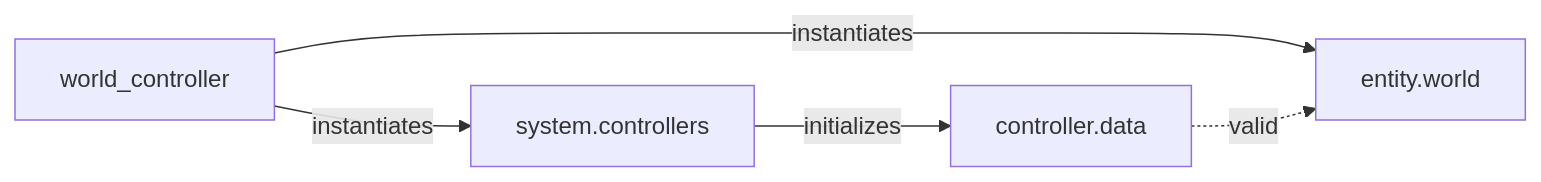
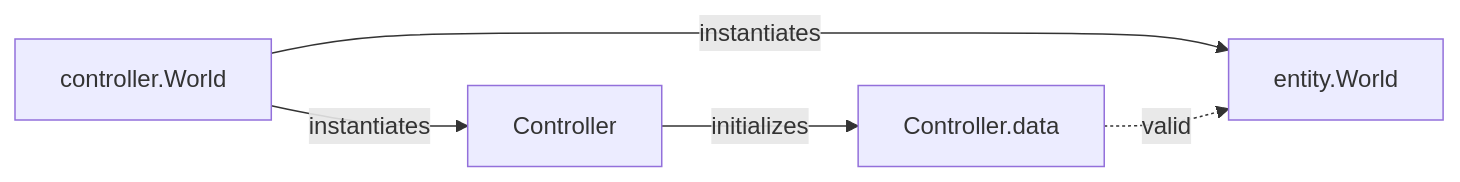
Before and after one commit to crystalfiction/rpg-simulator: the first of 3 diagrams in README.md, drawn with Mermaid. The commit also changed other lines of this file, not shown here.

````diff
--- a/README.md
+++ b/README.md
@@ -10,9 +10,9 @@
 ```mermaid
 flowchart LR
-    world_controller --instantiates--> entity.world
+    controller.World --instantiates--> entity.World
     
-    world_controller --instantiates--> system.controllers
-    system.controllers --initializes--> controller.data
-    controller.data -.valid.-> entity.world
+    controller.World --instantiates--> Controller
+    Controller --initializes--> Controller.data
+    Controller.data -.valid.-> entity.World
     
 ```
````
